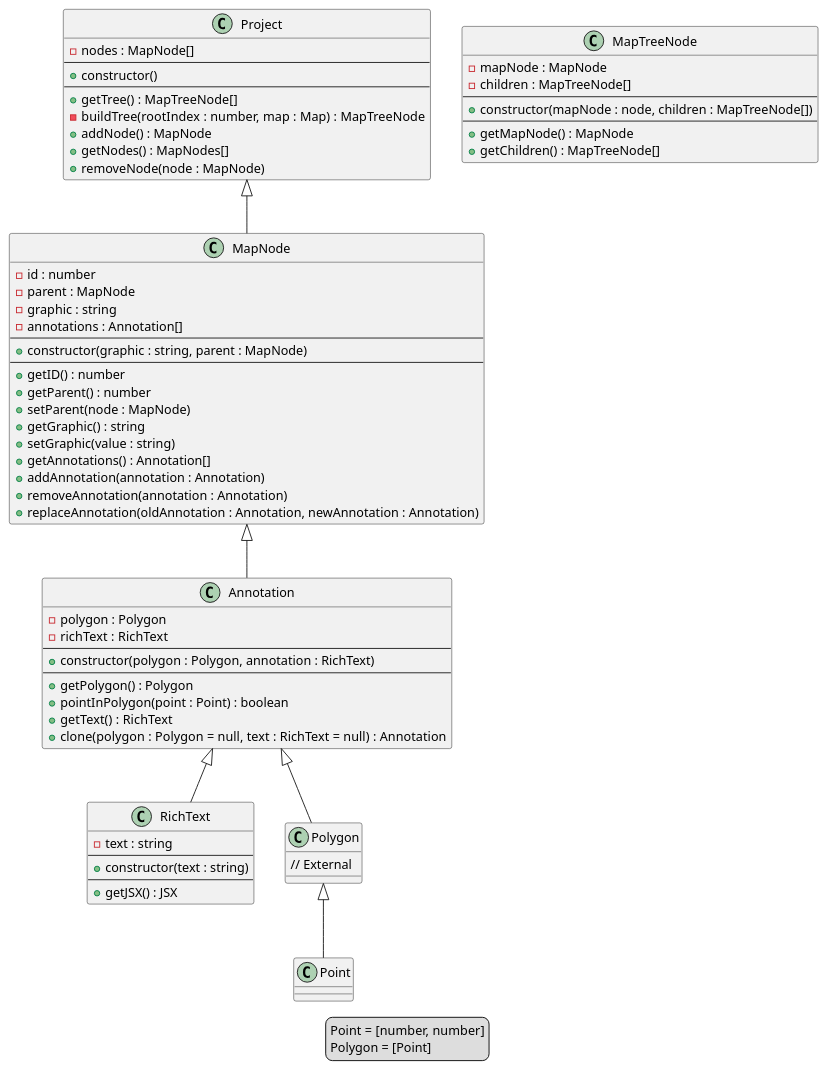
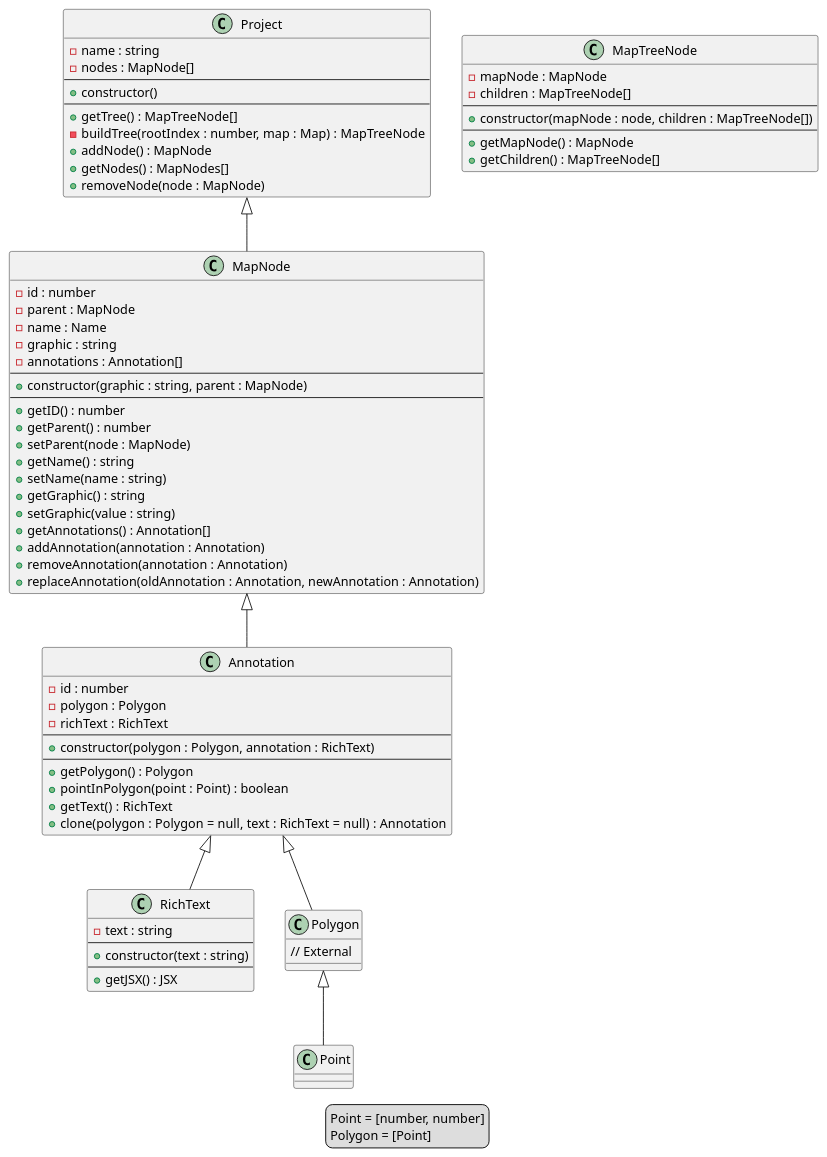
One commit to CriusNyx/annotated-map changed the diagram in frontend/documentation/runtimeDataStructures.puml. Above: the diagram before and after it, drawn with PlantUML. The commit also changed 51 other files, not shown here.

```diff
--- a/frontend/documentation/runtimeDataStructures.puml
+++ b/frontend/documentation/runtimeDataStructures.puml
@@ -1,79 +1,84 @@
 @startuml DataStructures
 
 class Project{
+    - name : string
     - nodes : MapNode[]
     --
     + constructor()
     --
     + getTree() : MapTreeNode[]
     - buildTree(rootIndex : number, map : Map) : MapTreeNode
     + addNode() : MapNode
     + getNodes() : MapNodes[]
     + removeNode(node : MapNode)
 }
 
 class MapTreeNode{
     - mapNode : MapNode
     - children : MapTreeNode[]
     --
     + constructor(mapNode : node, children : MapTreeNode[])
     --
     + getMapNode() : MapNode
     + getChildren() : MapTreeNode[]
 }
 
 class MapNode{
     - id : number
     - parent : MapNode
+    - name : Name
     - graphic : string
     - annotations : Annotation[]
     --
     + constructor(graphic : string, parent : MapNode)
     --
     + getID() : number
     + getParent() : number
     + setParent(node : MapNode)
+    + getName() : string
+    + setName(name : string)
     + getGraphic() : string
     + setGraphic(value : string)
     + getAnnotations() : Annotation[]
     + addAnnotation(annotation : Annotation)
     + removeAnnotation(annotation : Annotation)
     + replaceAnnotation(oldAnnotation : Annotation, newAnnotation : Annotation)
 }
 
 class Annotation{
+    - id : number
     - polygon : Polygon
     - richText : RichText
     --
     + constructor(polygon : Polygon, annotation : RichText)
     --
     + getPolygon() : Polygon
     + pointInPolygon(point : Point) : boolean
     + getText() : RichText
     + clone(polygon : Polygon = null, text : RichText  = null) : Annotation
 }
 
 class RichText{
     - text : string
     --
     + constructor(text : string)
     --
     + getJSX() : JSX
 }
 
 class Polygon{
     // External
 }
 
 Project <|-- MapNode
     MapNode <|-- Annotation
         Annotation <|-- RichText
         Annotation <|-- Polygon
             Polygon <|-- Point
 
 legend
 Point = ~[number, number~]
 Polygon = ~[Point~]
 endlegend
 
 @enduml
```
